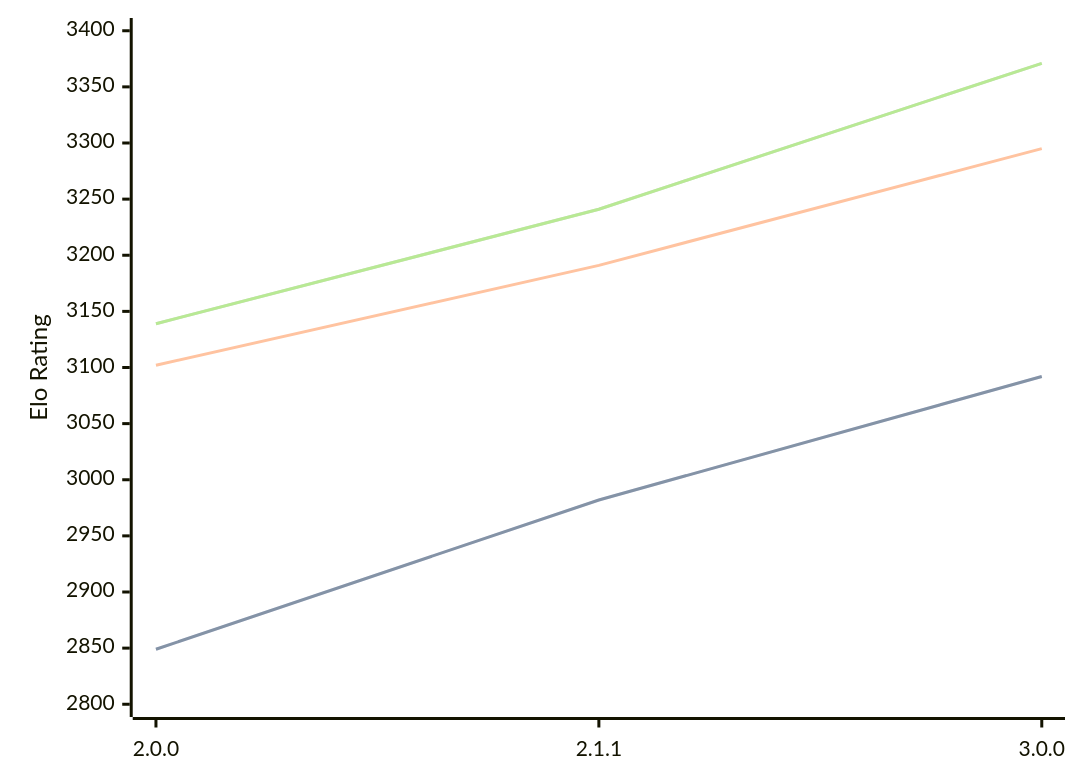
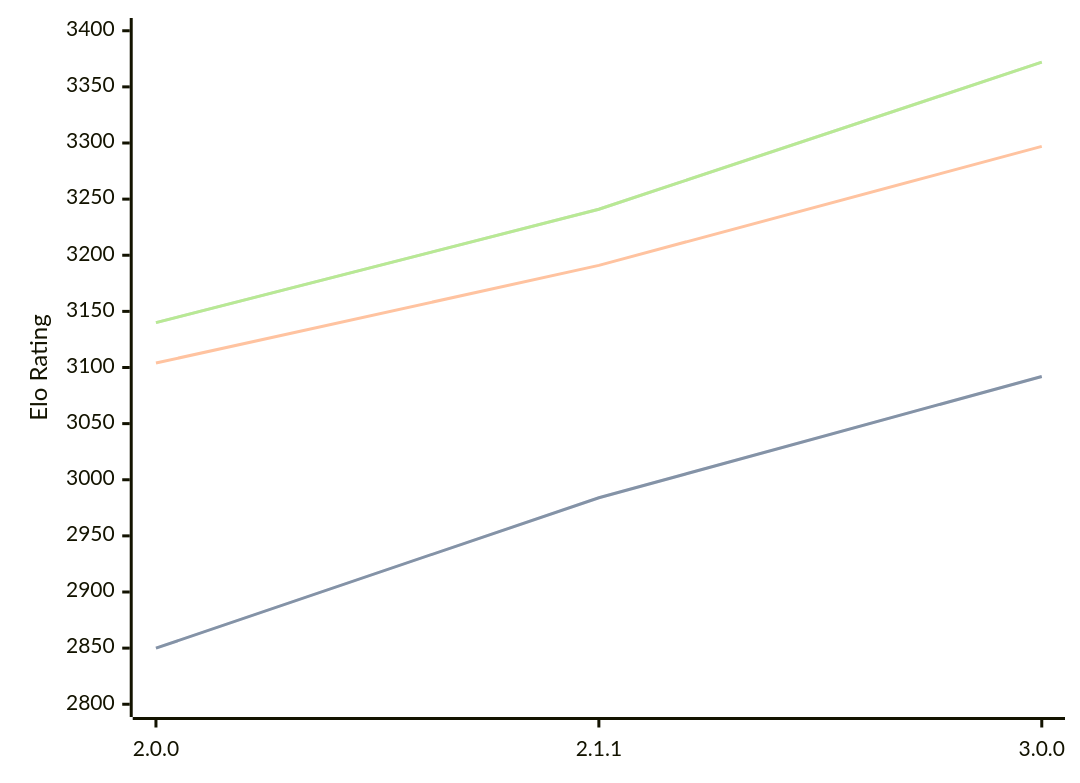
The third of 3 diagrams in engines/Bread.md (computer-chess-index/cci), drawn with Mermaid before and after one commit. The commit also changed other lines of this file, not shown here.

Commit message:
Update CCI Ratings (ELO VLTC) - 2026-06-23

````diff
--- a/engines/Bread.md
+++ b/engines/Bread.md
@@ -85,11 +85,11 @@
 ```mermaid
 %%{init: {"theme":"base","themeVariables":{"seriesColors:['#a3a3a3','#222221','#faa371']}}}%%
 xychart-beta
   x-axis ["2.0.0", "2.1.1", "3.0.0"]
   y-axis "Elo Rating" 2800 --> 3400
-  line "STC (8.0+0.08s)" [2849, 2982, 3092]
-  line "STC (8.0+0.08s)" [2849, 2982, 3092]
-  line "LTC (60.0+0.60s)" [3102, 3191, 3295]
-  line "VLTC (2m24s+1.12s)" [3139, 3241, 3371]
-  line "VLTC (2m24s+1.12s)" [3139, 3241, 3371]
+  line "STC (8.0+0.08s)" [2850, 2984, 3092]
+  line "STC (8.0+0.08s)" [2850, 2984, 3092]
+  line "LTC (60.0+0.60s)" [3104, 3191, 3297]
+  line "VLTC (2m24s+1.12s)" [3140, 3241, 3372]
+  line "VLTC (2m24s+1.12s)" [3140, 3241, 3372]
 ```
````
